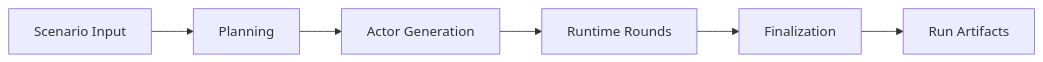
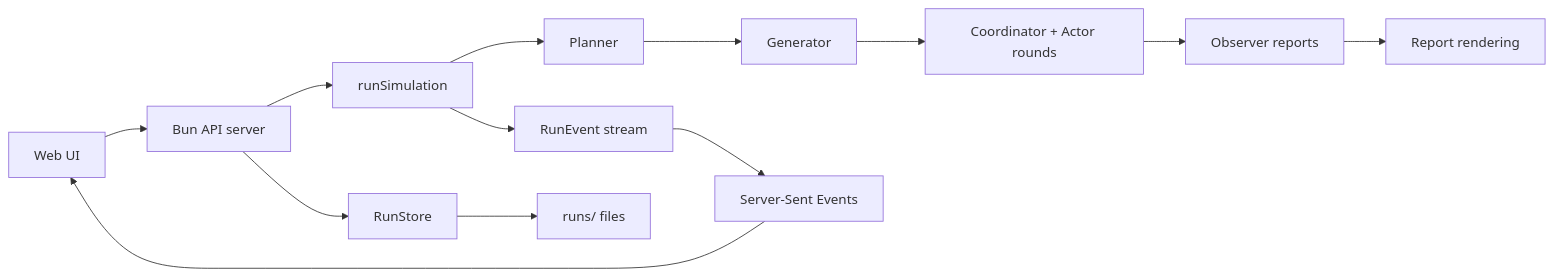
The diagram in docs/architecture.md (keonho-kim/simula), drawn with Mermaid before and after one commit. The commit also changed other lines of this file and 20 other files, not shown here.

````diff
--- a/docs/architecture.md
+++ b/docs/architecture.md
@@ -22,8 +20,15 @@
 ```mermaid
 flowchart LR
-    Input["Scenario Input"] --> Plan["Planning"]
-    Plan --> Cast["Actor Generation"]
-    Cast --> Rounds["Runtime Rounds"]
-    Rounds --> Report["Finalization"]
-    Report --> Output["Run Artifacts"]
+    UI["Web UI"] --> API["Bun API server"]
+    API --> Store["RunStore"]
+    API --> Core["runSimulation"]
+    Core --> Planning["Planner"]
+    Planning --> Generation["Generator"]
+    Generation --> Runtime["Coordinator + Actor rounds"]
+    Runtime --> Observer["Observer reports"]
+    Observer --> Finalization["Report rendering"]
+    Core --> Events["RunEvent stream"]
+    Store --> Files["runs/<run_id> files"]
+    Events --> SSE["Server-Sent Events"]
+    SSE --> UI
 ```
````
